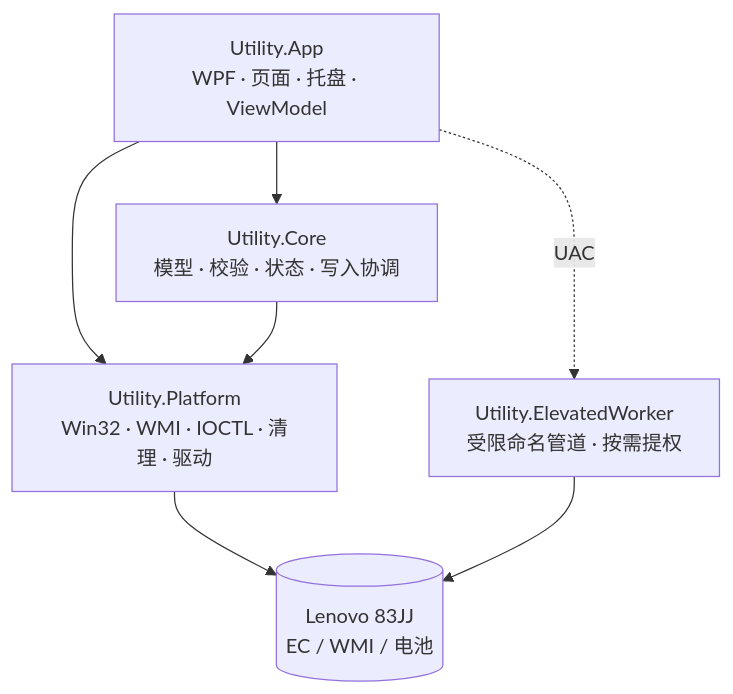
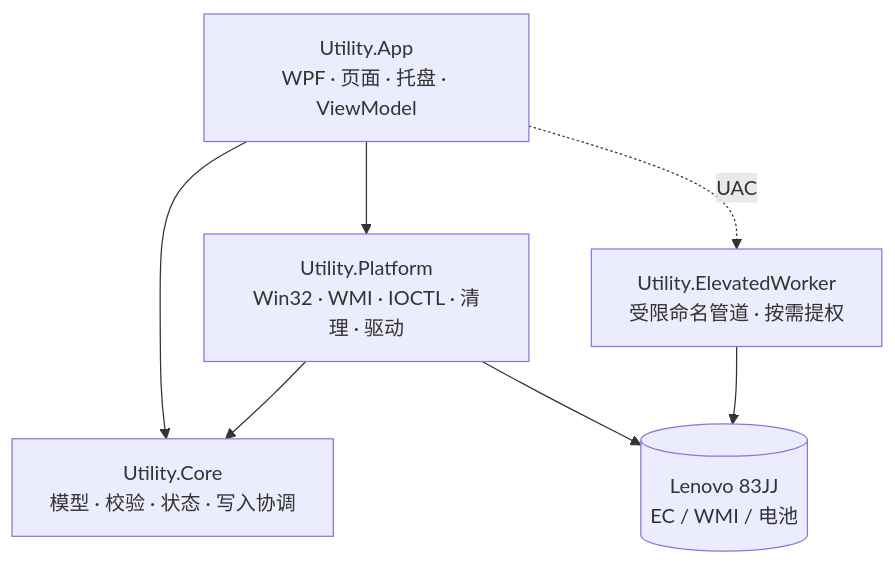
Before and after one commit to YYHSSR/Utility: the diagram in README.md, drawn with Mermaid. The commit also changed other lines of this file and 7 other files, not shown here.

````diff
--- a/README.md
+++ b/README.md
@@ -132,15 +132,15 @@
 ```mermaid
 flowchart TB
     App["Utility.App<br/>WPF · 页面 · 托盘 · ViewModel"]
     Core["Utility.Core<br/>模型 · 校验 · 状态 · 写入协调"]
     Platform["Utility.Platform<br/>Win32 · WMI · IOCTL · 清理 · 驱动"]
     Worker["Utility.ElevatedWorker<br/>受限命名管道 · 按需提权"]
     HW[("Lenovo 83JJ<br/>EC / WMI / 电池")]
 
     App --> Core
     App --> Platform
-    Core --> Platform
+    Platform --> Core
     App -. UAC .-> Worker
     Platform --> HW
     Worker --> HW
 ```
````
